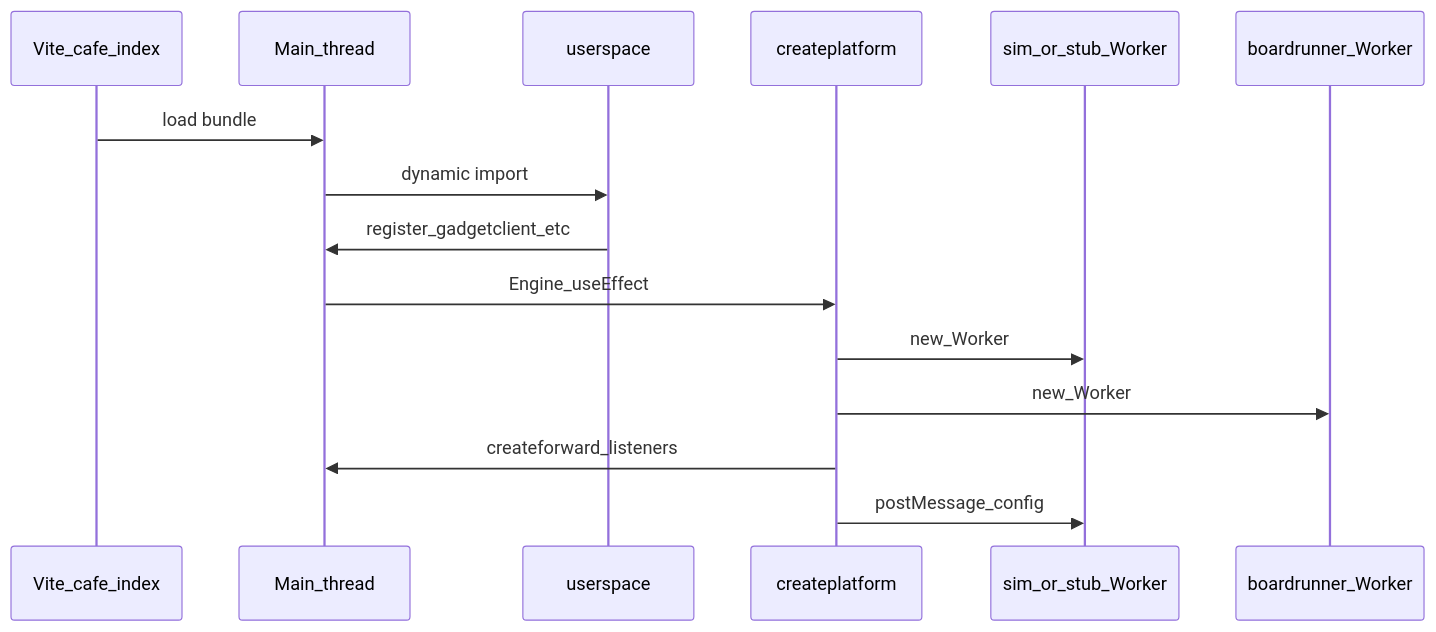
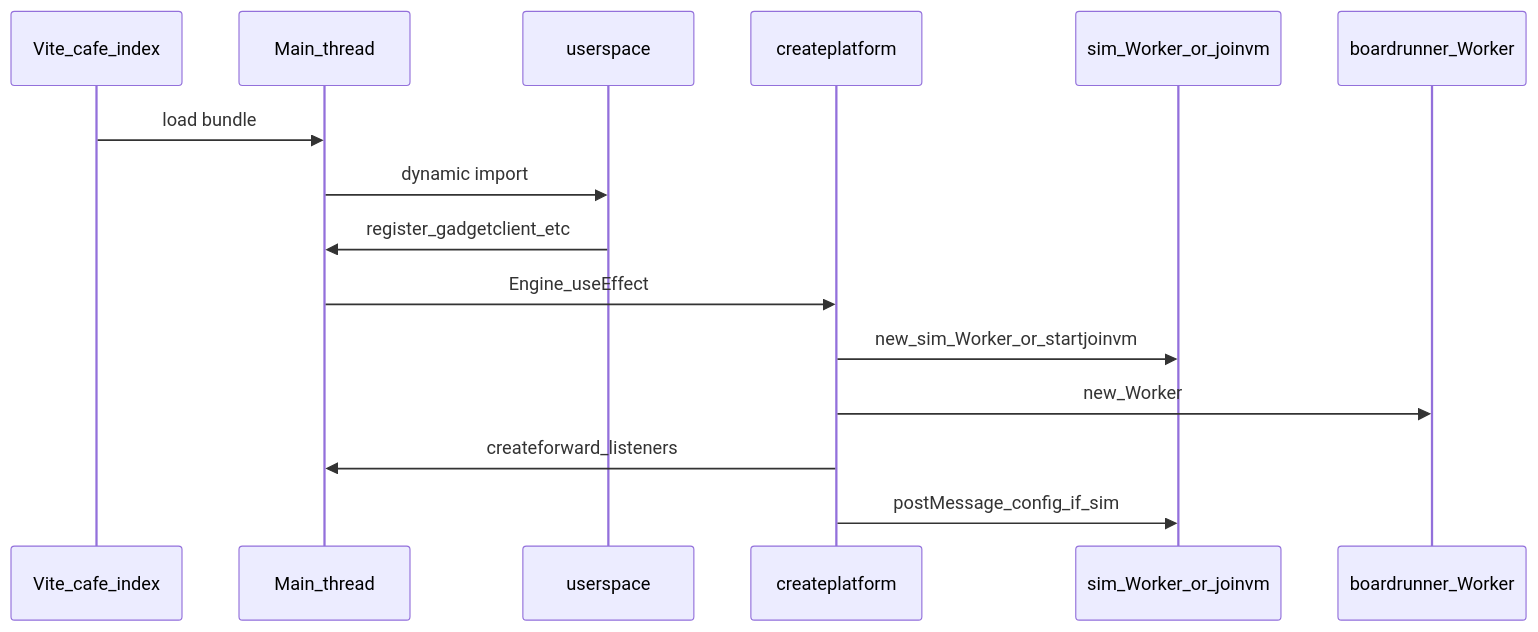
Before and after one commit to goldbuick/zed-software-system: the first of 7 diagrams in zss/device/docs/devices-and-messaging.md, drawn with Mermaid. The commit also changed other lines of this file and 84 other files, not shown here.

````diff
--- a/zss/device/docs/devices-and-messaging.md
+++ b/zss/device/docs/devices-and-messaging.md
@@ -70,17 +70,17 @@
 ```mermaid
 sequenceDiagram
   participant Vite as Vite_cafe_index
   participant Main as Main_thread
   participant US as userspace
   participant CP as createplatform
-  participant Sim as sim_or_stub_Worker
+  participant Sim as sim_Worker_or_joinvm
   participant Br as boardrunner_Worker
   Vite->>Main: load bundle
   Main->>US: dynamic import
   US->>Main: register_gadgetclient_etc
   Main->>CP: Engine_useEffect
-  CP->>Sim: new_Worker
+  CP->>Sim: new_sim_Worker_or_startjoinvm
   CP->>Br: new_Worker
   CP->>Main: createforward_listeners
-  CP->>Sim: postMessage_config
+  CP->>Sim: postMessage_config_if_sim
 ```
````
